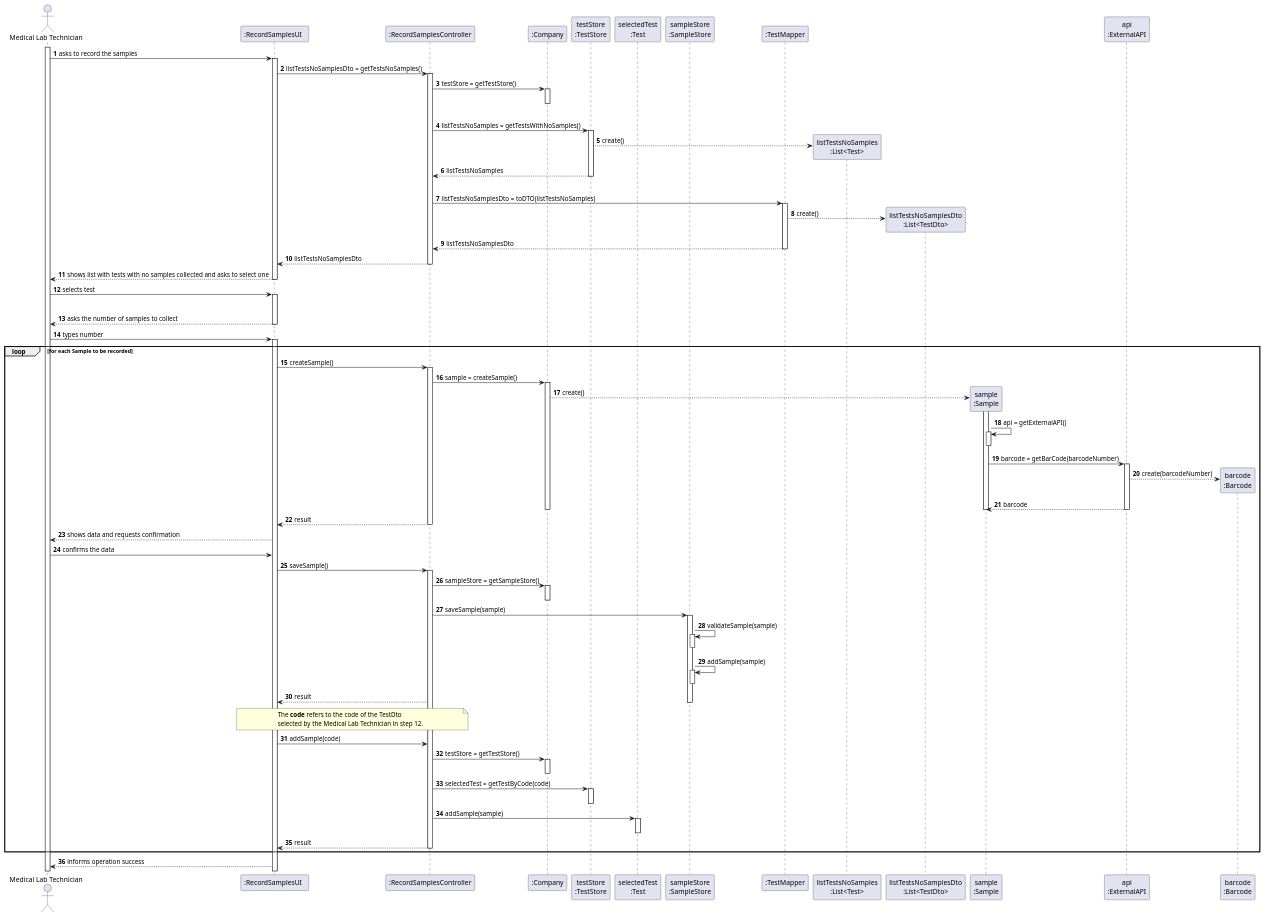
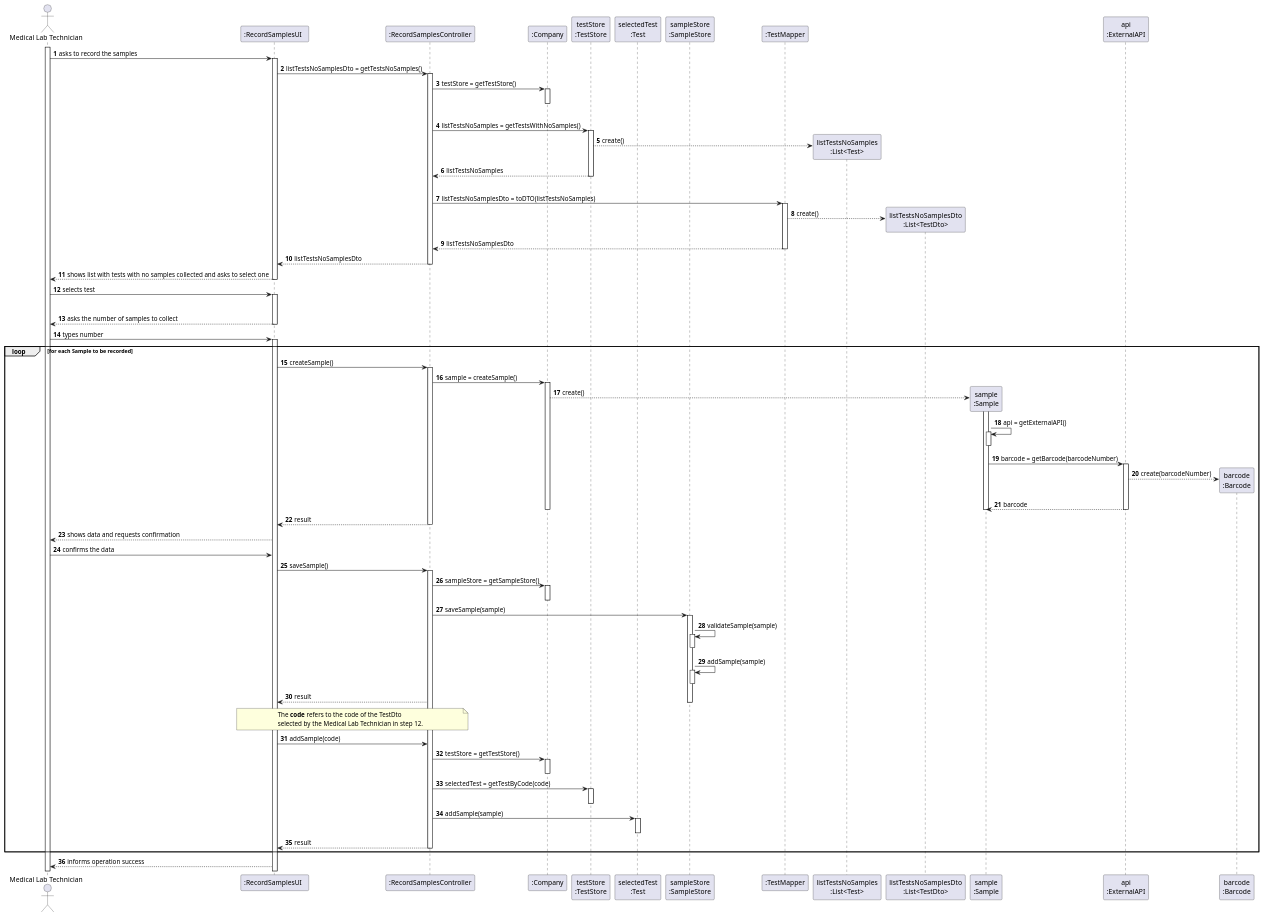
Before and after one commit to ana-albergaria/LAPR2-ISEP: the diagram in docs/SprintC/US_5/US5_SD.puml, drawn with PlantUML. The commit also changed 8 other files, not shown here.

```diff
--- a/docs/SprintC/US_5/US5_SD.puml
+++ b/docs/SprintC/US_5/US5_SD.puml
@@ -1,192 +1,192 @@
 @startuml
 
 autonumber
 
 actor "Medical Lab Technician" as MLT
 
 participant ":RecordSamplesUI  " as UI
 participant ":RecordSamplesController" as CTRL
 participant ":Company" as COMPANY
 participant "testStore\n:TestStore" as TEST_STORE
 participant "selectedTest\n:Test" as SELECTED_TEST
 participant "sampleStore\n:SampleStore" as SAMPLE_STORE
 participant ":TestMapper" as TEST_MAPPER
 participant "listTestsNoSamples\n:List<Test>" as LIST_TESTS_NO_SAMPLES
 participant "listTestsNoSamplesDto\n:List<TestDto>" as LIST_TESTS_NO_SAMPLES_DTO
 participant "sample\n:Sample" as SAMPLE
 participant "api\n:ExternalAPI" as API
 participant "barcode\n:Barcode" as BARCODE
 
 activate MLT
 MLT -> UI : asks to record the samples
 activate UI
 
 UI -> CTRL : listTestsNoSamplesDto = getTestsNoSamples()
 activate CTRL
 
 CTRL -> COMPANY : testStore = getTestStore()
 activate COMPANY
 |||
 deactivate COMPANY
 
 CTRL -> TEST_STORE : listTestsNoSamples = getTestsWithNoSamples()
 activate TEST_STORE
 
 TEST_STORE --> LIST_TESTS_NO_SAMPLES** : create()
 
 TEST_STORE --> CTRL : listTestsNoSamples
 deactivate TEST_STORE
 |||
 
 CTRL -> TEST_MAPPER : listTestsNoSamplesDto = toDTO(listTestsNoSamples)
 activate TEST_MAPPER
 
 TEST_MAPPER --> LIST_TESTS_NO_SAMPLES_DTO** : create()
 
 TEST_MAPPER --> CTRL : listTestsNoSamplesDto
 deactivate TEST_MAPPER
 
 CTRL --> UI : listTestsNoSamplesDto
 deactivate CTRL
 
 UI --> MLT : shows list with tests with no samples collected and asks to select one
 deactivate UI
 
 
 MLT -> UI : selects test
 activate UI
 
 /'UI -> UI : selectedTestDto = (TestDto) Utils.showAndSelectOne(listTestWithNoSamplesDto, "msg")
 activate UI
 deactivate UI'/
 
 /'note over UI, CTRL
 The **code** refers to the code of the TestDto
 selected by the Medical Lab Technician.
 end note
 UI -> CTRL : selectedTest = getTestByCode(code)
 activate CTRL
 
 CTRL -> COMPANY : testStore = getTestStore()
 activate COMPANY
 deactivate COMPANY
 
 CTRL -> TEST_STORE : selectedTest = getTestByCode(code)
 activate TEST_STORE
 TEST_STORE --> SELECTED_TEST** : create()
 TEST_STORE --> CTRL : selectedTest
 deactivate TEST_STORE
 
 CTRL --> UI : selectedTest'/
 
 deactivate CTRL
 
 
 UI --> MLT : asks the number of samples to collect
 deactivate UI
 
 MLT -> UI : types number
 activate UI
 
 loop for each Sample to be recorded
 UI -> CTRL : createSample()
 activate CTRL
 
 CTRL -> COMPANY : sample = createSample()
 activate COMPANY
 
 COMPANY --> SAMPLE** : create()
 
 
 activate SAMPLE
 
 
 SAMPLE -> SAMPLE : api = getExternalAPI()
 activate SAMPLE
 deactivate SAMPLE
 
 
 
-SAMPLE -> API : barcode = getBarCode(barcodeNumber)
+SAMPLE -> API : barcode = getBarcode(barcodeNumber)
 activate API
 
 API --> BARCODE** : create(barcodeNumber)
 
 API --> SAMPLE : barcode
 deactivate SAMPLE
 deactivate COMPANY
 deactivate API
 
 CTRL --> UI : result
 deactivate CTRL
 
 
 
 UI --> MLT : shows data and requests confirmation
 
 MLT -> UI : confirms the data
 
 UI -> CTRL : saveSample()
 activate CTRL
 
 CTRL -> COMPANY : sampleStore = getSampleStore()
 activate COMPANY
 deactivate COMPANY
 
 CTRL -> SAMPLE_STORE : saveSample(sample)
 activate SAMPLE_STORE
 
 
 SAMPLE_STORE -> SAMPLE_STORE : validateSample(sample)
 activate SAMPLE_STORE
 deactivate SAMPLE_STORE
 
 SAMPLE_STORE -> SAMPLE_STORE : addSample(sample)
 activate SAMPLE_STORE
 deactivate SAMPLE_STORE
 
 CTRL --> UI : result
 
 deactivate SAMPLE_STORE
 
 
 
 note over UI, CTRL
 The **code** refers to the code of the TestDto
 selected by the Medical Lab Technician in step 12.
 end note
 UI -> CTRL : addSample(code)
 
 
 
 
 CTRL -> COMPANY : testStore = getTestStore()
 activate COMPANY
 deactivate COMPANY
 
 CTRL -> TEST_STORE : selectedTest = getTestByCode(code)
 activate TEST_STORE
 deactivate TEST_STORE
 
 CTRL -> SELECTED_TEST : addSample(sample)
 activate SELECTED_TEST
 deactivate SELECTED_TEST
 
 
 /'dentro do método addSample, vai-se verificar se a sample já está lá?'/
 
 CTRL --> UI : result
 
 deactivate CTRL
 
 end
 
 UI --> MLT : informs operation success
 
 
 /'colocar requests confirmation
 e confirms the data em cima'/
 
 
 
 @enduml
```
